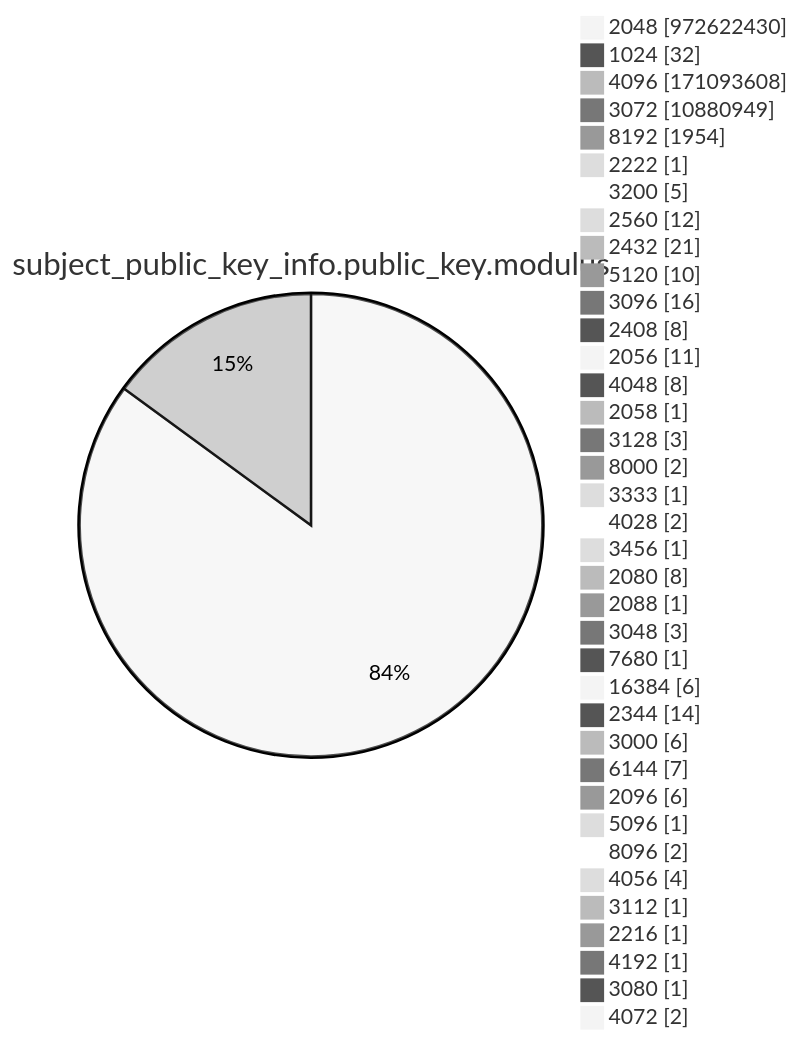
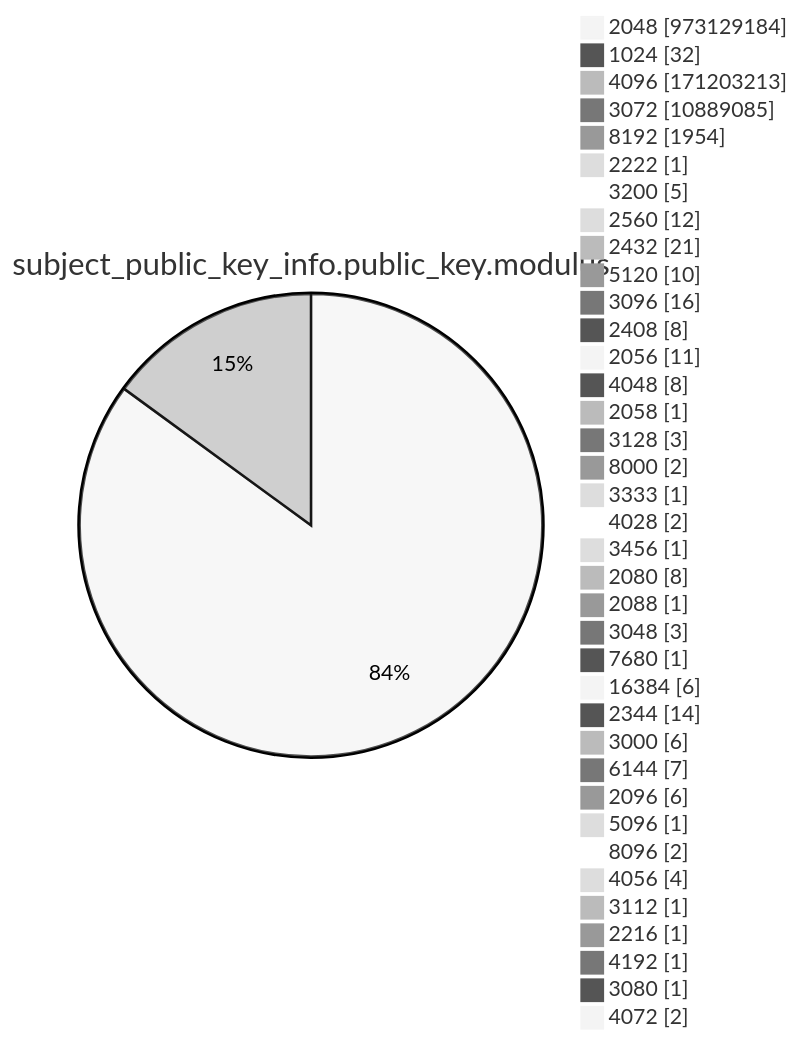
Diagram 13 of 15 in argon2022/README.md (christiankrug/ctmonitor_visualization), drawn with Mermaid (neutral theme) before and after one commit. The commit also changed other lines of this file, not shown here.

````diff
--- a/argon2022/README.md
+++ b/argon2022/README.md
@@ -3587,41 +3587,41 @@
 ```mermaid
 pie showData
 title subject_public_key_info.public_key.modulus
-"2048" :972622430
+"2048" :973129184
 "1024" :32
-"4096" :171093608
-"3072" :10880949
+"4096" :171203213
+"3072" :10889085
 "8192" :1954
 "2222" :1
 "3200" :5
 "2560" :12
 "2432" :21
 "5120" :10
 "3096" :16
 "2408" :8
 "2056" :11
 "4048" :8
 "2058" :1
 "3128" :3
 "8000" :2
 "3333" :1
 "4028" :2
 "3456" :1
 "2080" :8
 "2088" :1
 "3048" :3
 "7680" :1
 "16384" :6
 "2344" :14
 "3000" :6
 "6144" :7
 "2096" :6
 "5096" :1
 "8096" :2
 "4056" :4
 "3112" :1
 "2216" :1
 "4192" :1
 "3080" :1
 "4072" :2
 ```
````
